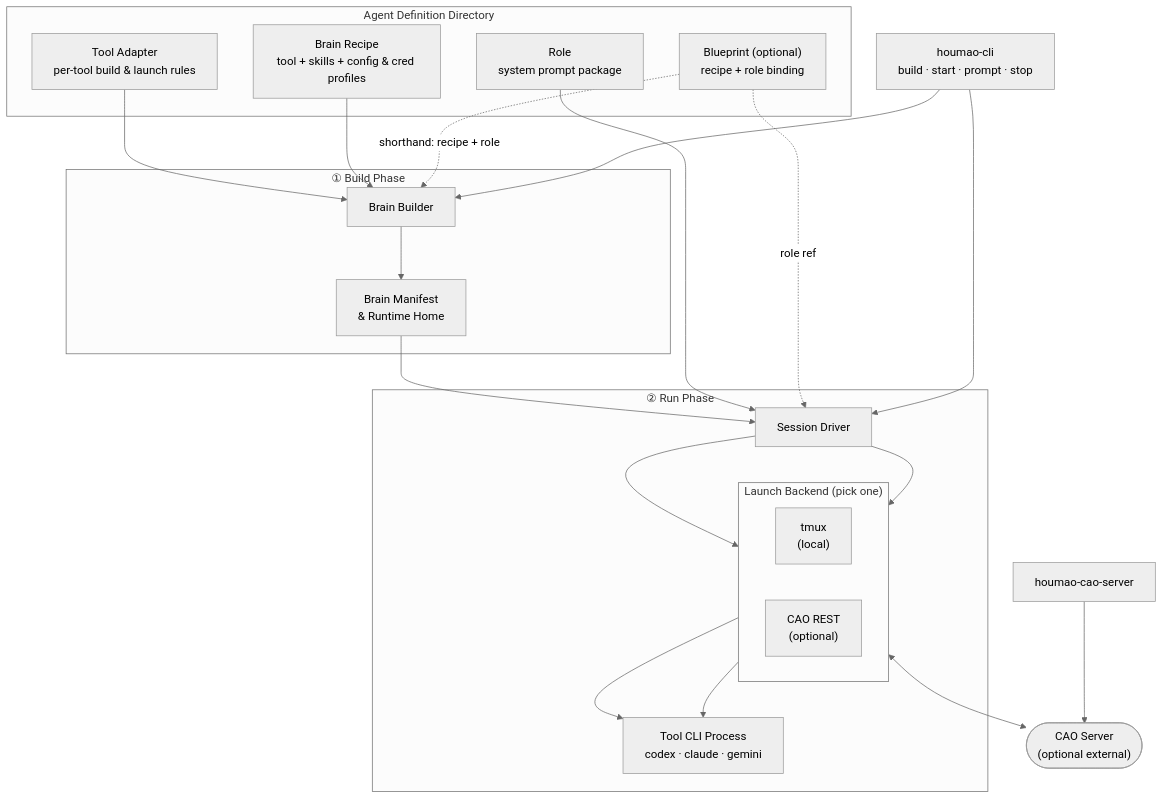
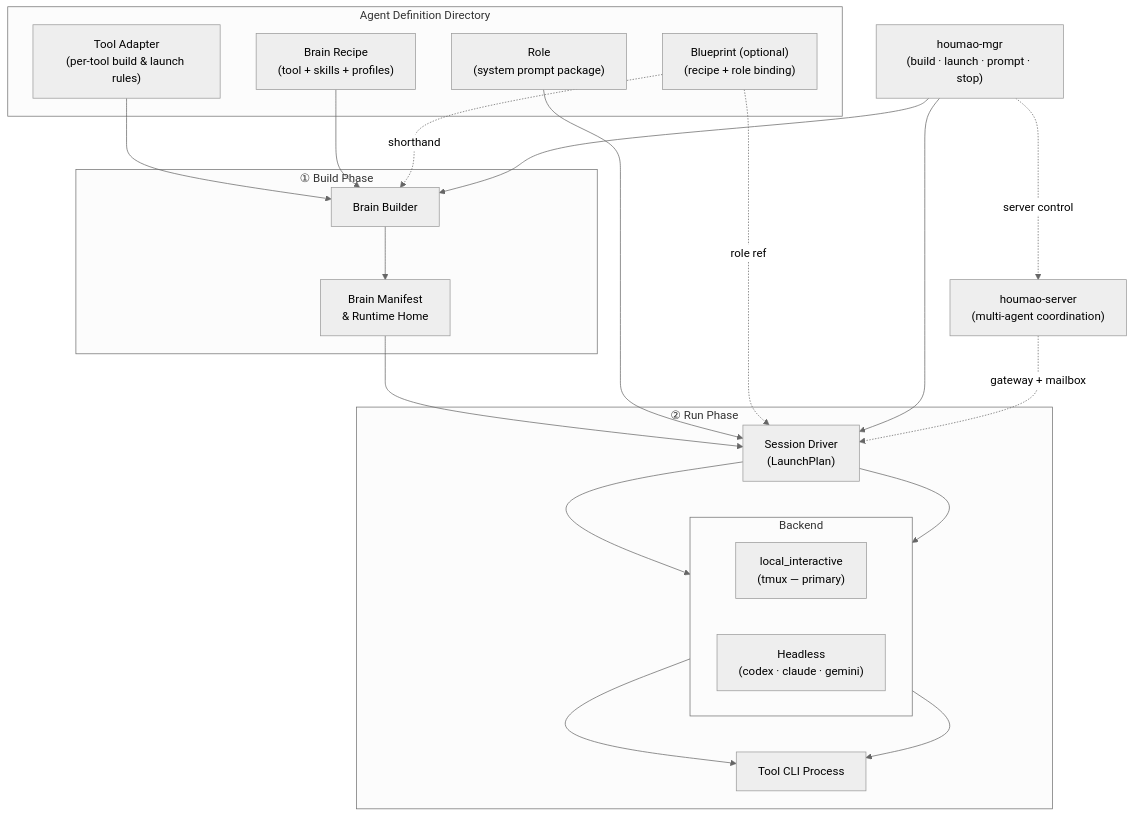
The first of 2 diagrams in README.md (igamenovoer/houmao), drawn with Mermaid (neutral theme) before and after one commit. The commit also changed other lines of this file, not shown here.

First line of the commit message:
docs: revise README technical sections — houmao-mgr as primary, remove CAO/demo prominence

````diff
--- a/README.md
+++ b/README.md
@@ -373,48 +320,42 @@
 ```mermaid
 flowchart TB
     subgraph agentdef ["Agent Definition Directory"]
-        adapter["Tool Adapter<br/>per-tool build & launch rules"]
-        recipe["Brain Recipe<br/>tool + skills + config & cred profiles"]
-        role["Role<br/>system prompt package"]
-        blueprint["Blueprint  (optional)<br/>recipe + role binding"]
+        adapter["Tool Adapter<br/>(per-tool build & launch rules)"]
+        recipe["Brain Recipe<br/>(tool + skills + profiles)"]
+        role["Role<br/>(system prompt package)"]
+        blueprint["Blueprint (optional)<br/>(recipe + role binding)"]
     end
 
     subgraph buildphase ["① Build Phase"]
         builder["Brain Builder"]
         artifact["Brain Manifest<br/>& Runtime Home"]
         builder --> artifact
     end
 
     subgraph runphase ["② Run Phase"]
-        runtime["Session Driver"]
-        subgraph backends ["Launch Backend  (pick one)"]
+        runtime["Session Driver<br/>(LaunchPlan)"]
+        subgraph backends ["Backend"]
             direction LR
-            tmux_b["tmux<br/>(local)"]
-            cao_b["CAO REST<br/>(optional)"]
+            local["local_interactive<br/>(tmux — primary)"]
+            headless["Headless<br/>(codex · claude · gemini)"]
         end
-        toolcli["Tool CLI Process<br/>codex · claude · gemini"]
-        runtime --> tmux_b & cao_b --> toolcli
+        toolcli["Tool CLI Process"]
+        runtime --> local & headless --> toolcli
     end
 
-    extcao(["CAO Server<br/>(optional external)"])
-    caocli["houmao-cao-server"]
-    agentscli["houmao-cli<br/>build · start · prompt · stop"]
+    mgrcli["houmao-mgr<br/>(build · launch · prompt · stop)"]
+    srvpair["houmao-server<br/>(multi-agent coordination)"]
 
-    %% Build inputs
     adapter --> builder
     recipe --> builder
-    blueprint -. "shorthand: recipe + role" .-> builder
+    blueprint -. "shorthand" .-> builder
 
-    %% Phase handoff
     artifact --> runtime
     role --> runtime
     blueprint -. "role ref" .-> runtime
 
-    %% CAO path
-    cao_b <--> extcao
-    caocli --> extcao
-
-    %% CLI orchestrates both phases
-    agentscli --> builder
-    agentscli --> runtime
+    mgrcli --> builder
+    mgrcli --> runtime
+    mgrcli -. "server control" .-> srvpair
+    srvpair -. "gateway + mailbox" .-> runtime
 ```
````
